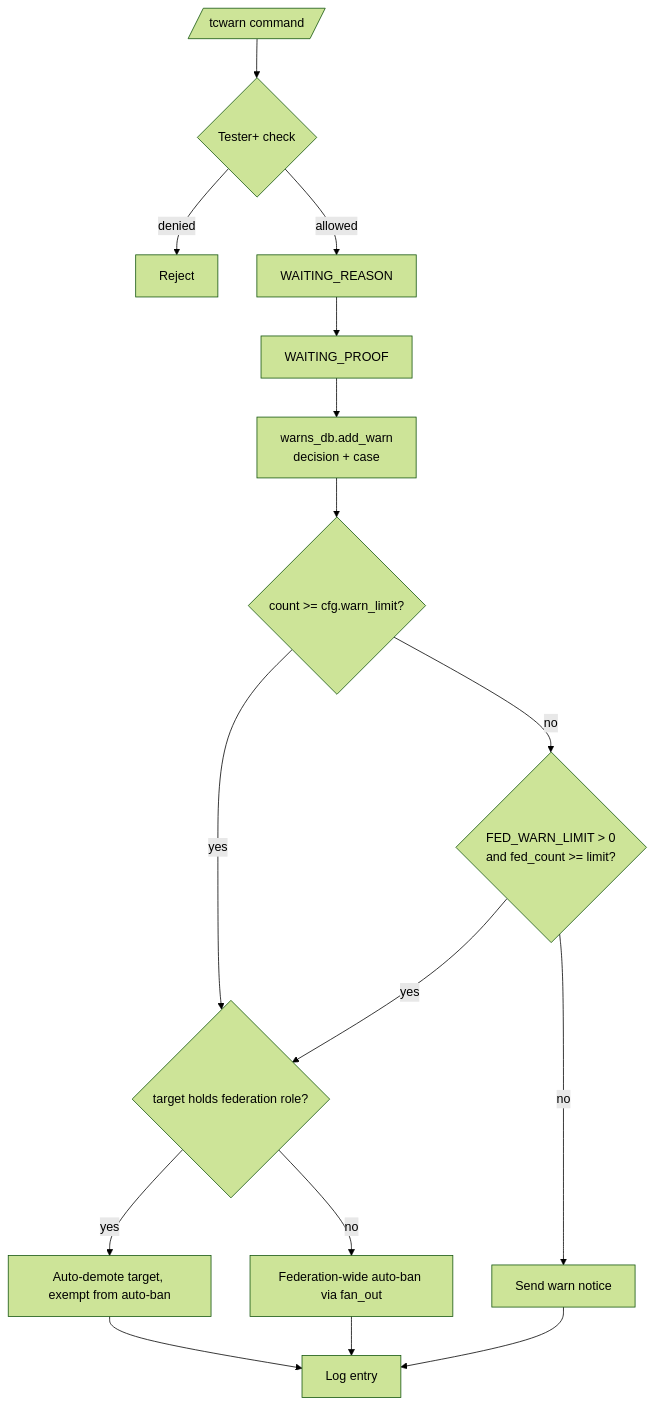
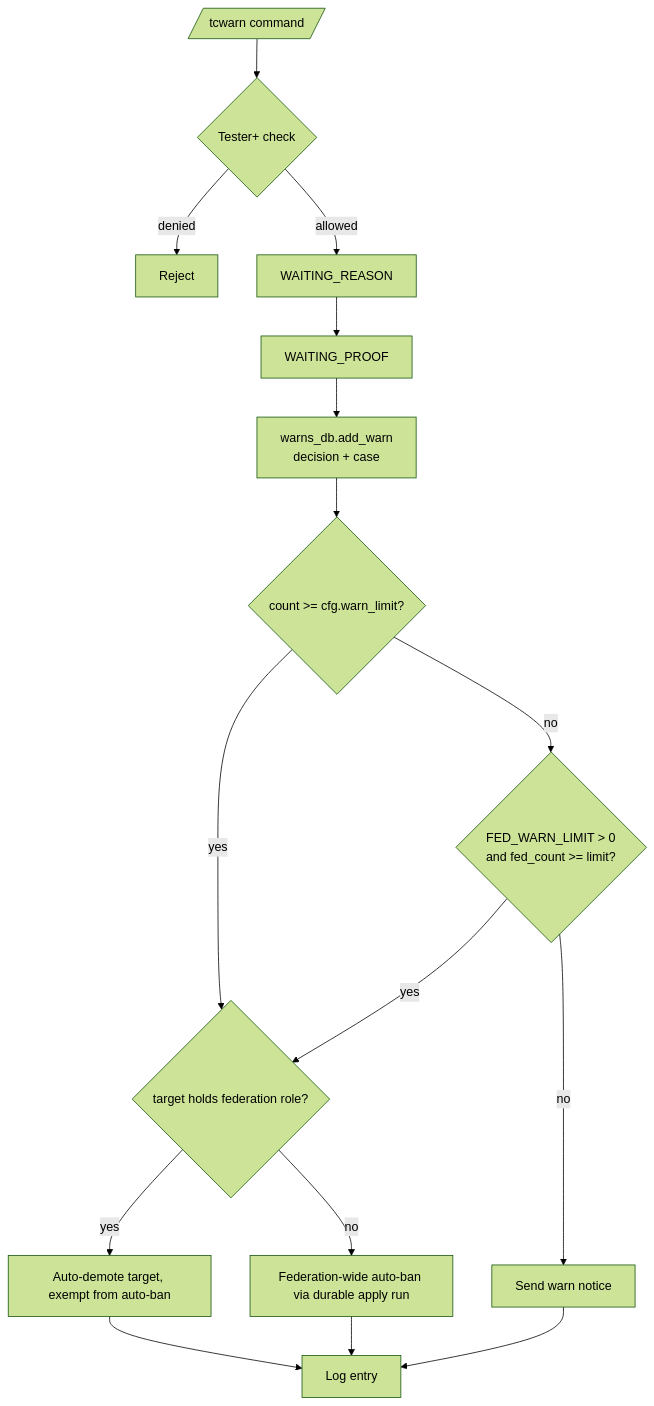
Before and after one commit to D1ZZY4/tcbot: the diagram in docs/features/moderation/warnings.md, drawn with Mermaid (forest theme). The commit also changed other lines of this file and 16 other files, not shown here.

````diff
--- a/docs/features/moderation/warnings.md
+++ b/docs/features/moderation/warnings.md
@@ -10,18 +10,18 @@
 ```mermaid
 flowchart TD
     Cmd[/tcwarn command/] --> Permission{Tester+ check}
     Permission -->|denied| End1[Reject]
     Permission -->|allowed| Reason[WAITING_REASON]
     Reason --> Proof[WAITING_PROOF]
     Proof --> AddWarn[warns_db.add_warn<br/>decision + case]
     AddWarn --> CheckPerGroup{count >= cfg.warn_limit?}
     CheckPerGroup -->|yes| RoleCheck{target holds federation role?}
     RoleCheck -->|yes| Exempt[Auto-demote target, exempt from auto-ban]
-    RoleCheck -->|no| AutoBan[Federation-wide auto-ban via fan_out]
+    RoleCheck -->|no| AutoBan[Federation-wide auto-ban via durable apply run]
     CheckPerGroup -->|no| CheckFed{FED_WARN_LIMIT > 0<br/>and fed_count >= limit?}
     CheckFed -->|yes| RoleCheck
     CheckFed -->|no| Notify[Send warn notice]
     Notify --> Log[Log entry]
     AutoBan --> Log
     Exempt --> Log
 ```
````
